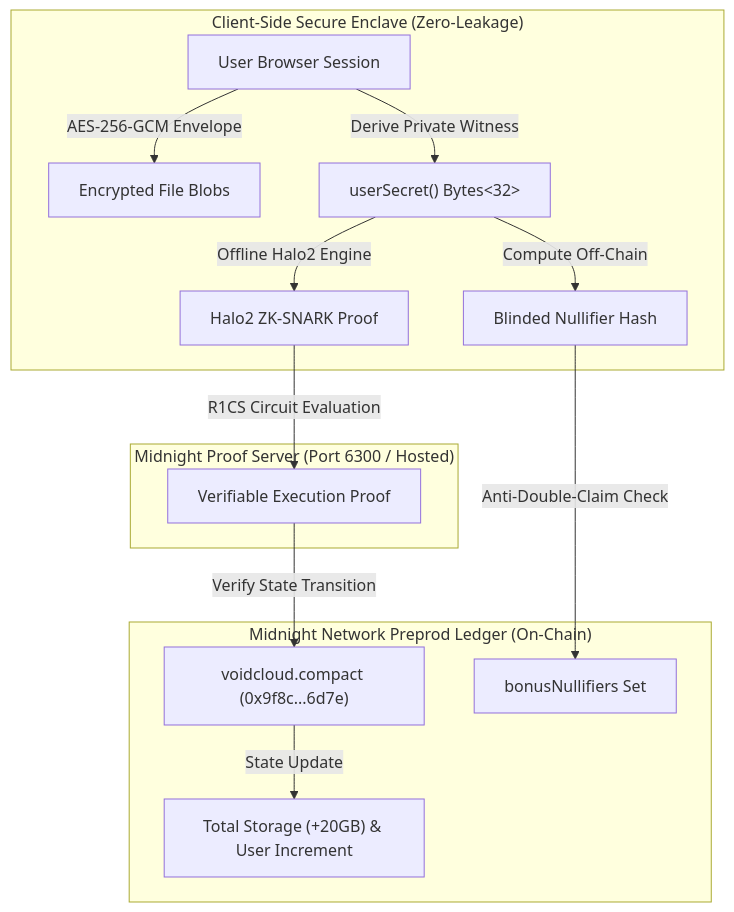
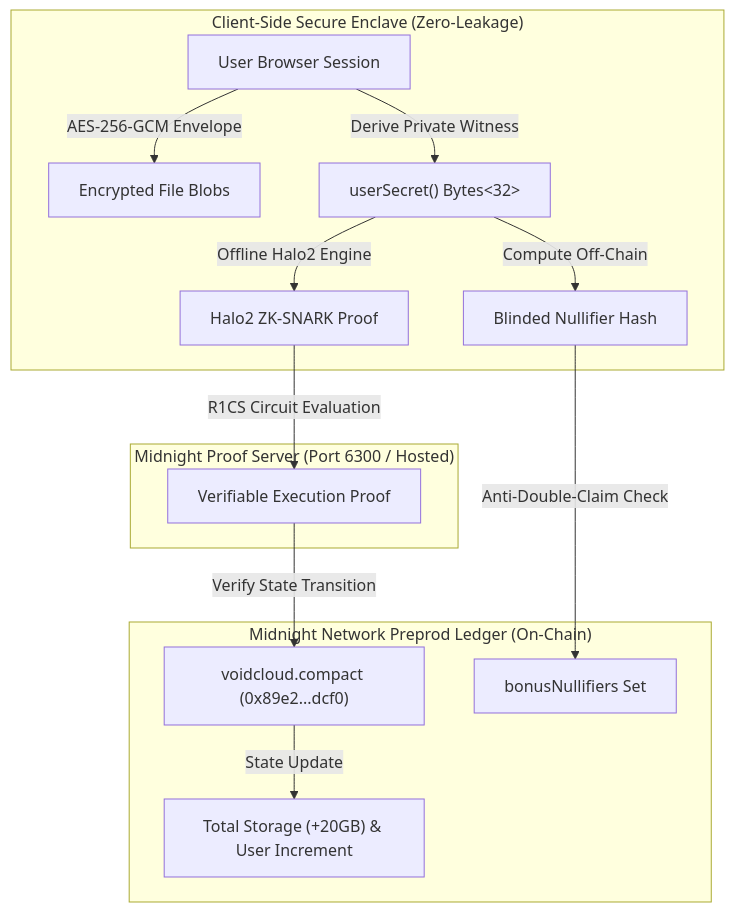
One commit to Shuvankar11/VoidCloud changed the diagram in README.md. Above: the diagram before and after it, drawn with Mermaid. The commit also changed other lines of this file and 16 other files, not shown here.

Commit message:
fix(contract): upgrade Compact smart contract for Level 5 with 5 new circuits and bind valid 64-hex Midnight Preprod address

````diff
--- a/README.md
+++ b/README.md
@@ -65,19 +65,19 @@
 ```mermaid
 flowchart TD
     subgraph Client["Client-Side Secure Enclave (Zero-Leakage)"]
         User["User Browser Session"] -->|"AES-256-GCM Envelope"| EncFile["Encrypted File Blobs"]
         User -->|"Derive Private Witness"| Witness["userSecret() Bytes<32>"]
         Witness -->|"Compute Off-Chain"| Nullifier["Blinded Nullifier Hash"]
         Witness -->|"Offline Halo2 Engine"| ZKProof["Halo2 ZK-SNARK Proof"]
     end
 
     subgraph ProofServer["Midnight Proof Server (Port 6300 / Hosted)"]
         ZKProof -->|"R1CS Circuit Evaluation"| ProverPayload["Verifiable Execution Proof"]
     end
 
     subgraph Ledger["Midnight Network Preprod Ledger (On-Chain)"]
-        ProverPayload -->|"Verify State Transition"| Contract["voidcloud.compact (0x9f8c...6d7e)"]
+        ProverPayload -->|"Verify State Transition"| Contract["voidcloud.compact (0x89e2...dcf0)"]
         Nullifier -->|"Anti-Double-Claim Check"| NullifierSet["bonusNullifiers Set"]
         Contract -->|"State Update"| Counters["Total Storage (+20GB) & User Increment"]
     end
 ```
````
